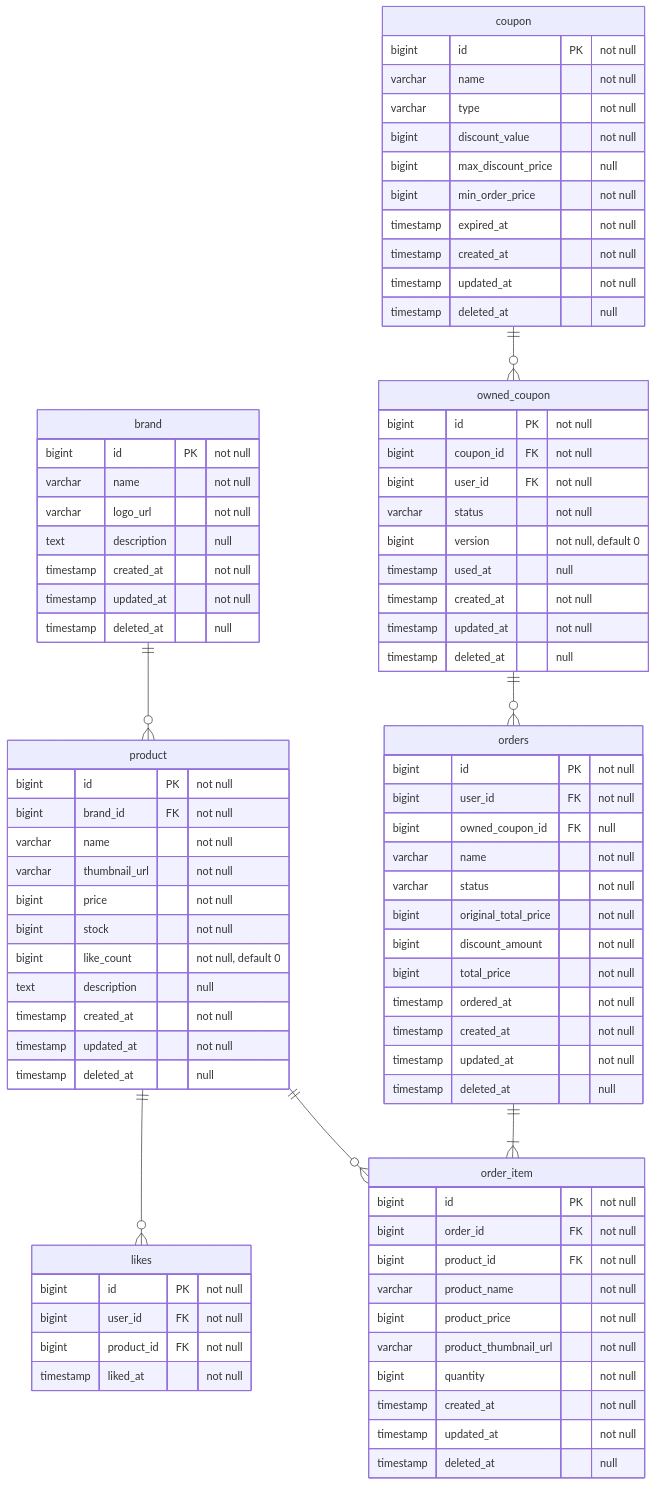
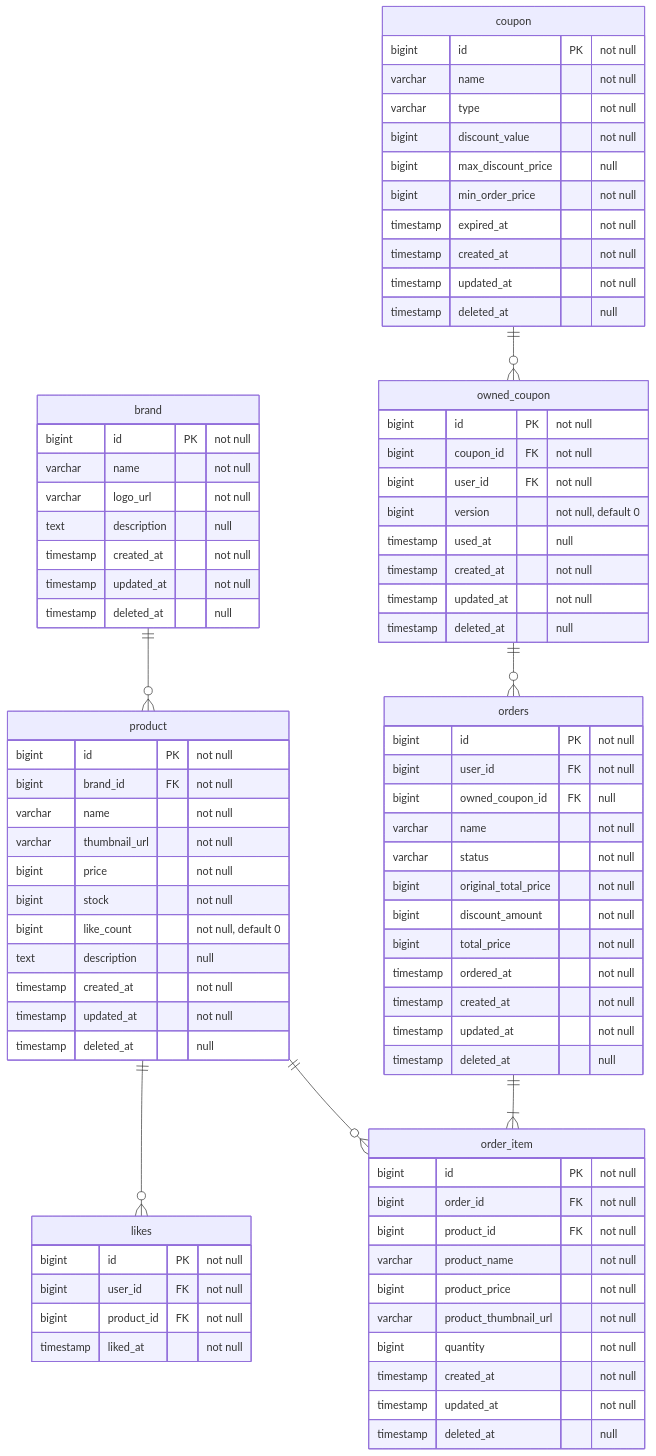
The diagram in .docs/design/04-erd.md (Loopers-dev-lab/loop-pack-be-l2-vol3-java), drawn with Mermaid before and after one commit. The commit also changed other lines of this file and 8 other files, not shown here.

```diff
--- a/.docs/design/04-erd.md
+++ b/.docs/design/04-erd.md
@@ -67,7 +67,6 @@
         bigint id PK "not null"
         bigint coupon_id FK "not null"
         bigint user_id FK "not null"
-        varchar status "not null"
         bigint version "not null, default 0"
         timestamp used_at "null"
         timestamp created_at "not null"
```
